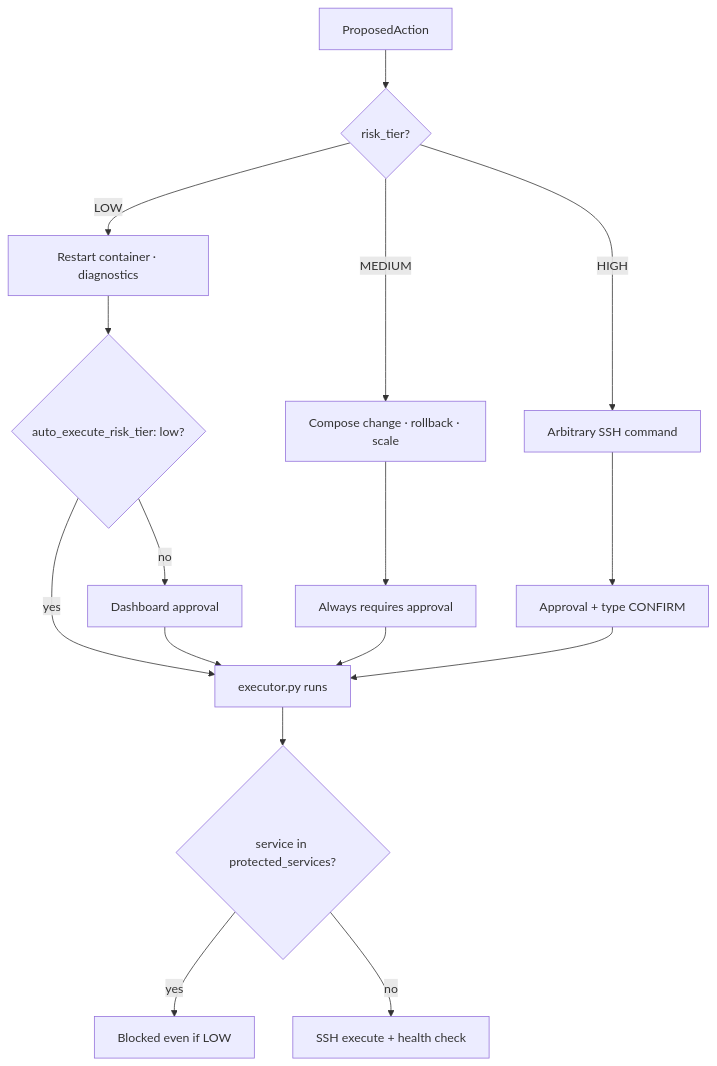
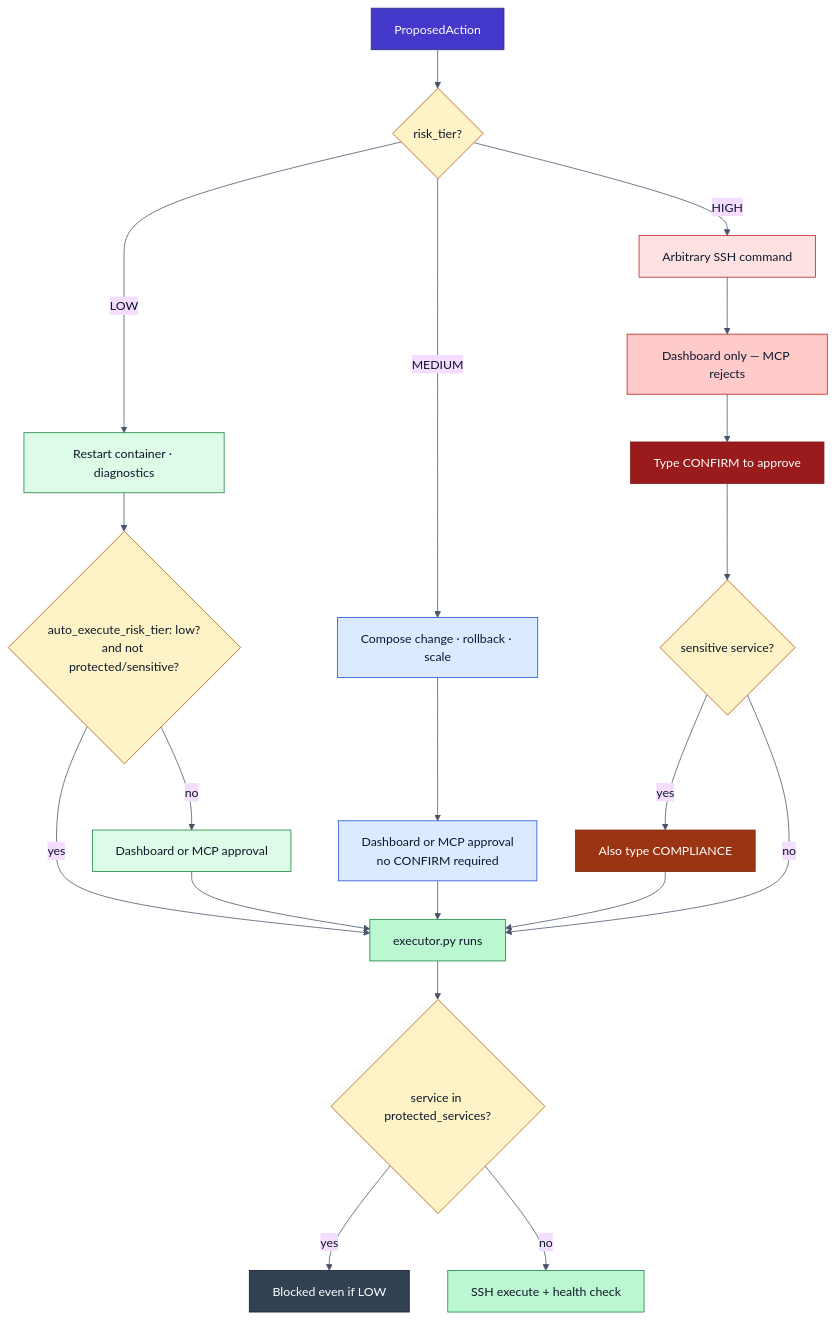
The tenth of 12 diagrams in README.md (NevilPatel01/devops-mcp), drawn with Mermaid before and after one commit. The commit also changed other lines of this file and 34 other files, not shown here.

````diff
--- a/README.md
+++ b/README.md
@@ -403,23 +606,46 @@
 ```mermaid
+%%{init: {'theme':'base', 'themeVariables': {'primaryTextColor':'#0f172a','secondaryTextColor':'#0f172a','tertiaryTextColor':'#0f172a','lineColor':'#475569','textColor':'#0f172a','clusterBkg':'#f8fafc','clusterBorder':'#64748b','titleColor':'#0f172a'}}}%%
 flowchart TD
   Action["ProposedAction"] --> Check{"risk_tier?"}
 
   Check -->|LOW| Low["Restart container · diagnostics"]
   Check -->|MEDIUM| Med["Compose change · rollback · scale"]
   Check -->|HIGH| High["Arbitrary SSH command"]
 
-  Low --> Auto{"auto_execute_risk_tier: low?"}
+  Low --> Auto{"auto_execute_risk_tier: low?<br/>and not protected/sensitive?"}
   Auto -->|yes| Run["executor.py runs"]
-  Auto -->|no| Wait["Dashboard approval"]
+  Auto -->|no| LowWait["Dashboard or MCP approval"]
 
-  Med --> Approve["Always requires approval"]
-  High --> Confirm["Approval + type CONFIRM"]
+  Med --> MedWait["Dashboard or MCP approval<br/>no CONFIRM required"]
 
-  Approve --> Run
-  Confirm --> Run
-  Wait --> Run
+  High --> DashOnly["Dashboard only — MCP rejects"]
+  DashOnly --> Confirm["Type CONFIRM to approve"]
+  Confirm --> Sensitive{"sensitive service?"}
+  Sensitive -->|yes| Compliance["Also type COMPLIANCE"]
+  Sensitive -->|no| Run
+
+  LowWait --> Run
+  MedWait --> Run
+  Compliance --> Run
 
   Run --> Protected{"service in protected_services?"}
   Protected -->|yes| Block["Blocked even if LOW"]
   Protected -->|no| SSH["SSH execute + health check"]
+
+  style Action fill:#4338ca,stroke:#312e81,color:#ffffff
+  style Check fill:#fef3c7,stroke:#b45309,color:#0f172a
+  style Low fill:#dcfce7,stroke:#15803d,color:#0f172a
+  style Med fill:#dbeafe,stroke:#1d4ed8,color:#0f172a
+  style High fill:#fee2e2,stroke:#b91c1c,color:#0f172a
+  style DashOnly fill:#fecaca,stroke:#b91c1c,color:#0f172a
+  style Confirm fill:#991b1b,stroke:#7f1d1d,color:#ffffff
+  style Compliance fill:#9a3412,stroke:#7c2d0d,color:#ffffff
+  style Run fill:#bbf7d0,stroke:#15803d,color:#0f172a
+  style LowWait fill:#dcfce7,stroke:#15803d,color:#0f172a
+  style MedWait fill:#dbeafe,stroke:#1d4ed8,color:#0f172a
+  style Sensitive fill:#fef3c7,stroke:#b45309,color:#0f172a
+  style Protected fill:#fef3c7,stroke:#b45309,color:#0f172a
+  style Auto fill:#fef3c7,stroke:#b45309,color:#0f172a
+  style Block fill:#334155,stroke:#0f172a,color:#ffffff
+  style SSH fill:#bbf7d0,stroke:#15803d,color:#0f172a
 ```
````
